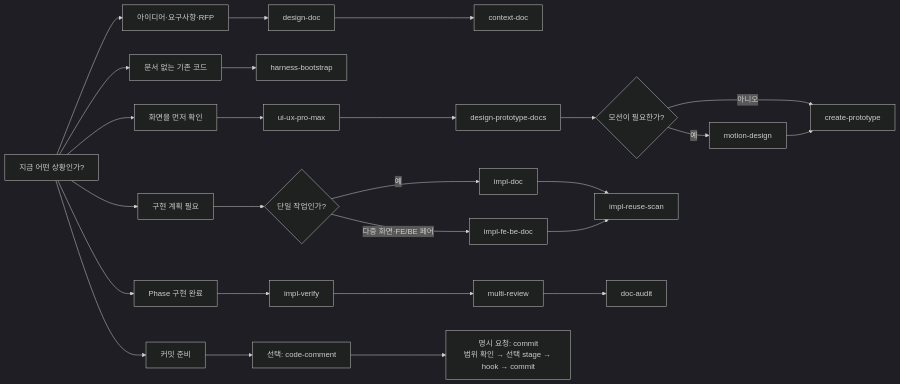
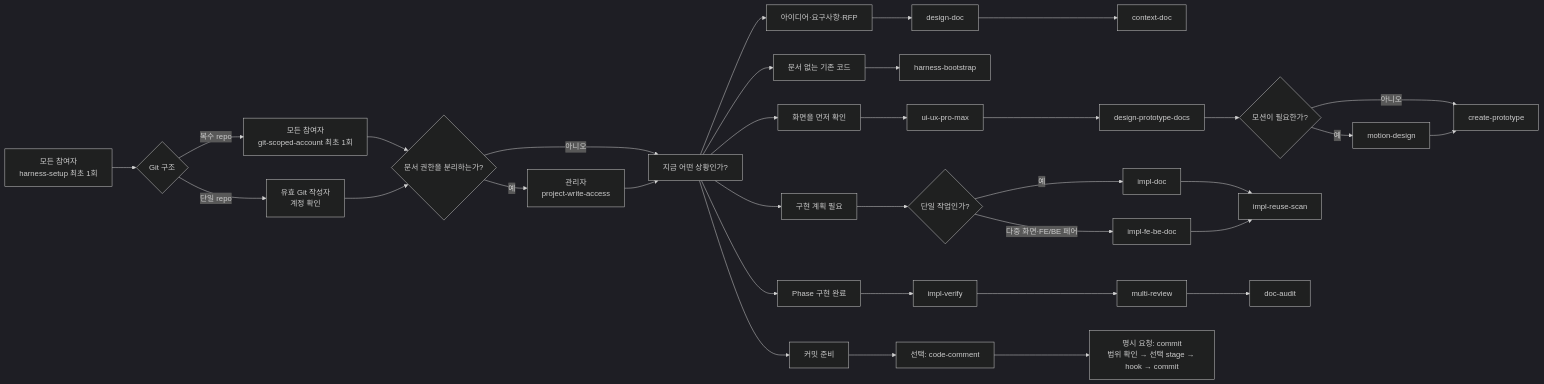
The fourth of 5 diagrams in .user-docs/Harness_Engineering_Intro.md (hb9397/ai-agent-harness-docs), drawn with Mermaid (dark theme) before and after one commit. The commit also changed other lines of this file and 5 other files, not shown here.

````diff
--- a/.user-docs/Harness_Engineering_Intro.md
+++ b/.user-docs/Harness_Engineering_Intro.md
@@ -195,34 +198,43 @@
 ```mermaid
 flowchart LR
-    A["지금 어떤 상황인가?"] --> B["아이디어·요구사항·RFP"]
+    S["모든 참여자<br/>harness-setup 최초 1회"] --> T{"Git 구조"}
+    T -->|"복수 repo"| GA["모든 참여자<br/>git-scoped-account 최초 1회"]
+    T -->|"단일 repo"| GV["유효 Git 작성자<br/>계정 확인"]
+    GA --> P{"문서 권한을 분리하는가?"}
+    GV --> P
+    P -->|"예"| PA["관리자<br/>project-write-access"]
+    P -->|"아니오"| A["지금 어떤 상황인가?"]
+    PA --> A
+
+    A --> B["아이디어·요구사항·RFP"]
     A --> C["문서 없는 기존 코드"]
     A --> D["화면을 먼저 확인"]
     A --> E["구현 계획 필요"]
     A --> F["Phase 구현 완료"]
     A --> G["커밋 준비"]
 
     B --> B1["design-doc"]
     B1 --> B2["context-doc"]
 
     C --> C1["harness-bootstrap"]
 
     D --> D0["ui-ux-pro-max"]
     D0 --> D1["design-prototype-docs"]
     D1 --> DM{"모션이 필요한가?"}
     DM -->|"예"| D3["motion-design"]
     DM -->|"아니오"| D2["create-prototype"]
     D3 --> D2
 
     E --> E1{"단일 작업인가?"}
     E1 -->|"예"| E2["impl-doc"]
     E1 -->|"다중 화면·FE/BE 페어"| E3["impl-fe-be-doc"]
     E2 --> E4["impl-reuse-scan"]
     E3 --> E4
 
     F --> F1["impl-verify"]
     F1 --> F2["multi-review"]
     F2 --> F3["doc-audit"]
 
     G --> G1["선택: code-comment"]
     G1 --> G4["명시 요청: commit<br/>범위 확인 → 선택 stage → hook → commit"]
 ```
````
